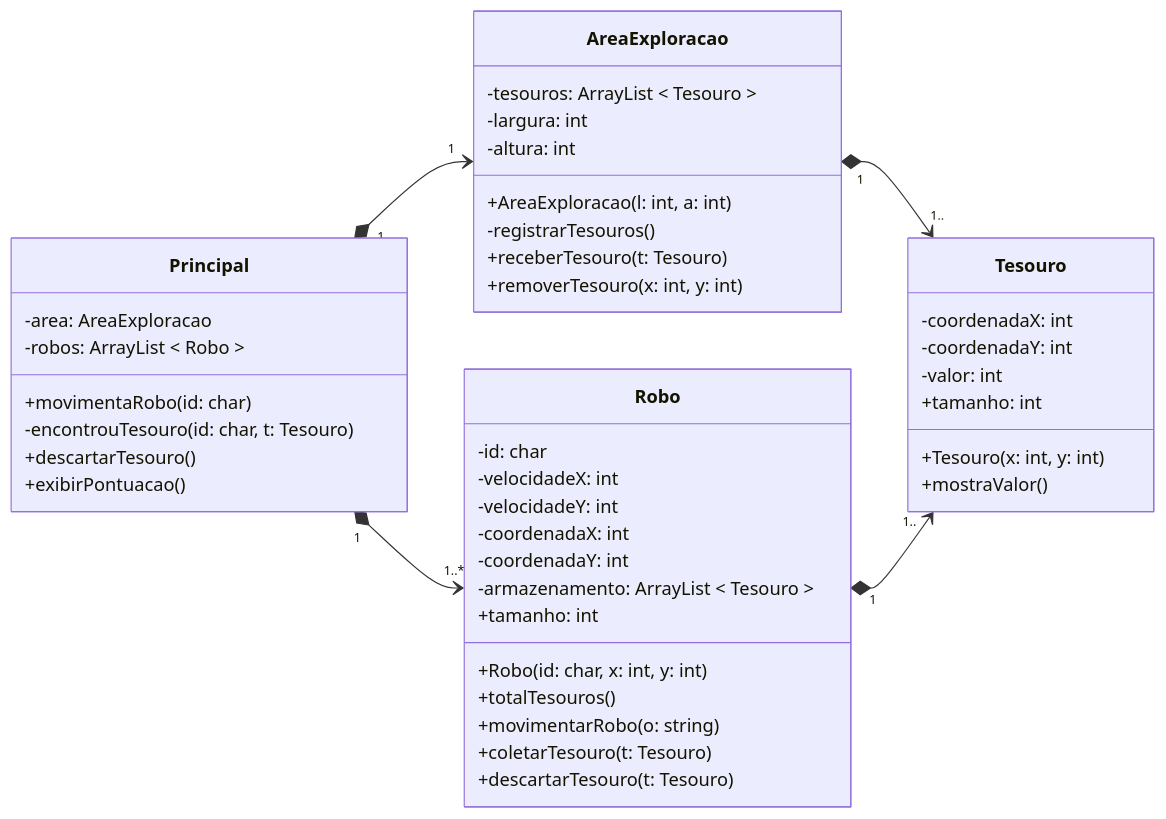
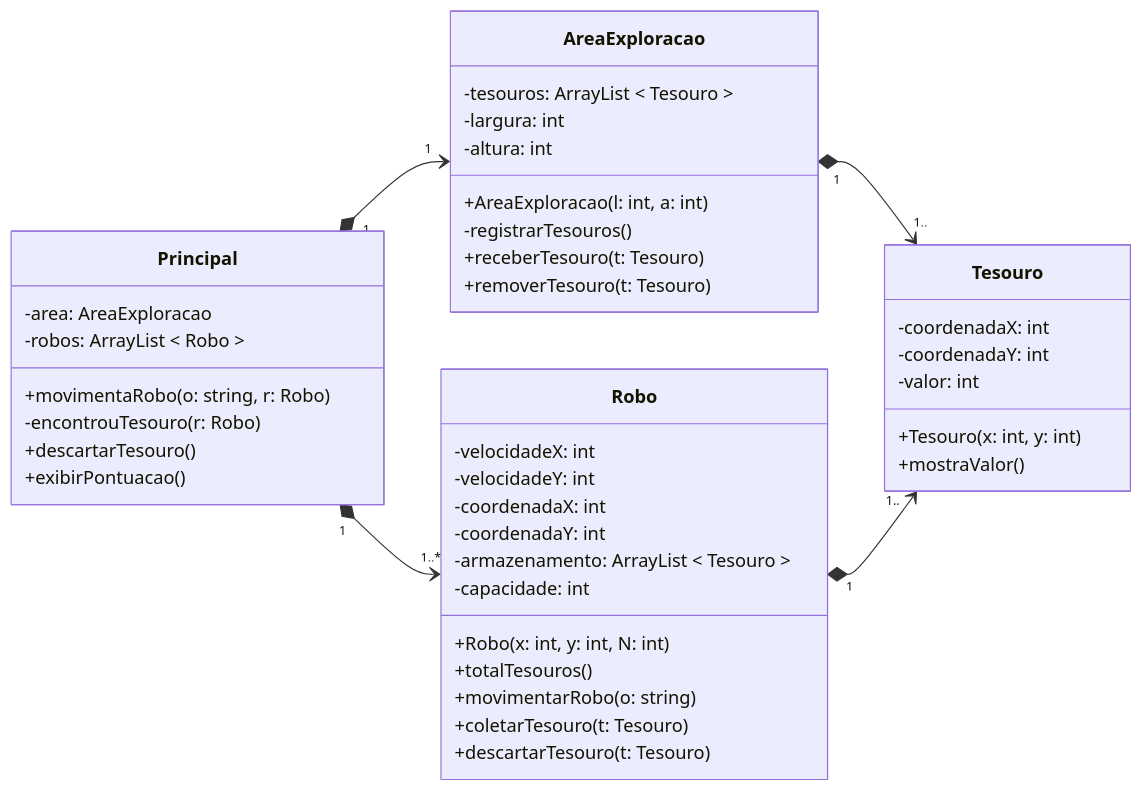
The diagram in aula-17/diagrama.md (luizakuze/POO), drawn with Mermaid before and after one commit. The commit also changed other lines of this file and 11 other files, not shown here.

````diff
--- a/aula-17/diagrama.md
+++ b/aula-17/diagrama.md
@@ -9,53 +11,51 @@
 ```mermaid
 classDiagram
     direction LR
 
     class Robo {
-        -id: char
         -velocidadeX: int
         -velocidadeY: int
         -coordenadaX: int
         -coordenadaY: int
         -armazenamento: ArrayList < Tesouro >
-        +tamanho: int
-        +Robo(id: char, x: int, y: int)
+        -capacidade: int
+        +Robo(x: int, y: int, N: int)
         +totalTesouros()
         +movimentarRobo(o: string)
         +coletarTesouro(t: Tesouro)
         +descartarTesouro(t: Tesouro)
     }
 
     class Tesouro {
         -coordenadaX: int
         -coordenadaY: int
         -valor: int
-        +tamanho: int
         +Tesouro(x: int, y: int)
         +mostraValor()
     }
 
     class AreaExploracao {
         -tesouros: ArrayList < Tesouro >
         -largura: int
         -altura: int
         +AreaExploracao(l: int, a: int)
         -registrarTesouros()
         +receberTesouro(t: Tesouro)
-        +removerTesouro(x: int, y: int)
+        +removerTesouro(t: Tesouro)
     }
 
     class Principal {
         -area: AreaExploracao
         -robos: ArrayList < Robo >
-        +movimentaRobo(id: char)
-        -encontrouTesouro(id: char, t: Tesouro)
+        +movimentaRobo(o: string, r: Robo)
+        -encontrouTesouro(r: Robo)
         +descartarTesouro()
         +exibirPontuacao()
     }
 
     AreaExploracao "1" *--> "1.." Tesouro
     Robo "1" *--> "1.." Tesouro
     Principal "1" *--> "1..*" Robo
     Principal "1" *--> "1" AreaExploracao
 
 ``` 
````
